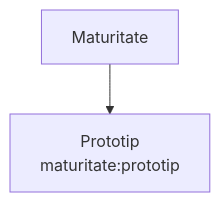
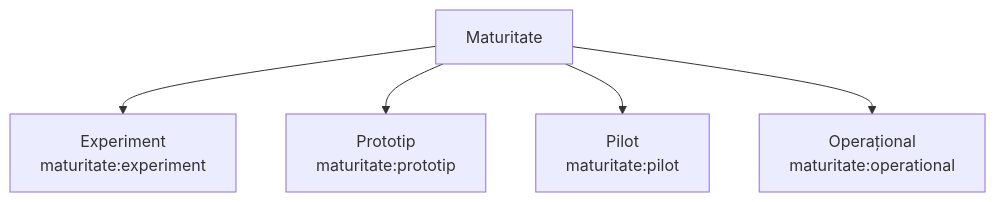
Before and after one commit to gov2-ro/awesome-civtech-ro: diagram 20 of 20 in docs/specs/taxonomy-v2-vocabulary.md, drawn with Mermaid. The commit also changed other lines of this file and 34 other files, not shown here.

````diff
--- a/docs/specs/taxonomy-v2-vocabulary.md
+++ b/docs/specs/taxonomy-v2-vocabulary.md
@@ -380,6 +380,12 @@
 ```mermaid
 flowchart TB
     scheme["Maturitate"]
+    c_maturitate_experiment["Experiment<br/>maturitate:experiment"]
+    scheme --> c_maturitate_experiment
     c_maturitate_prototip["Prototip<br/>maturitate:prototip"]
     scheme --> c_maturitate_prototip
+    c_maturitate_pilot["Pilot<br/>maturitate:pilot"]
+    scheme --> c_maturitate_pilot
+    c_maturitate_operational["Operațional<br/>maturitate:operational"]
+    scheme --> c_maturitate_operational
 ```
````
